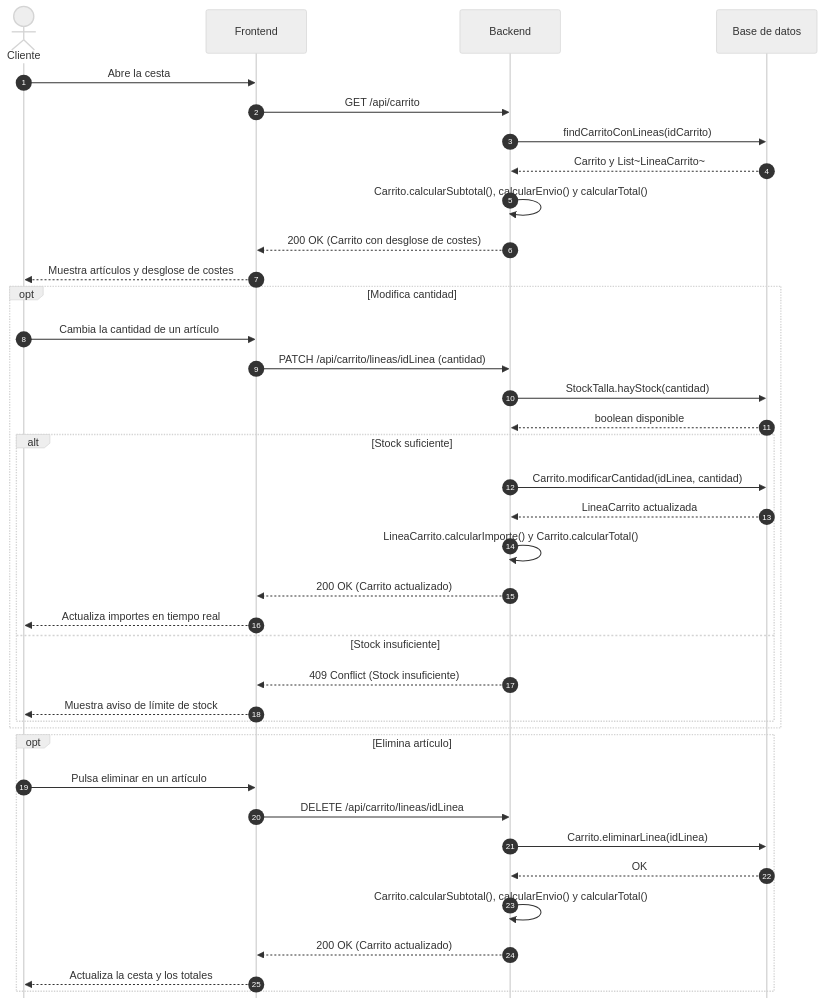
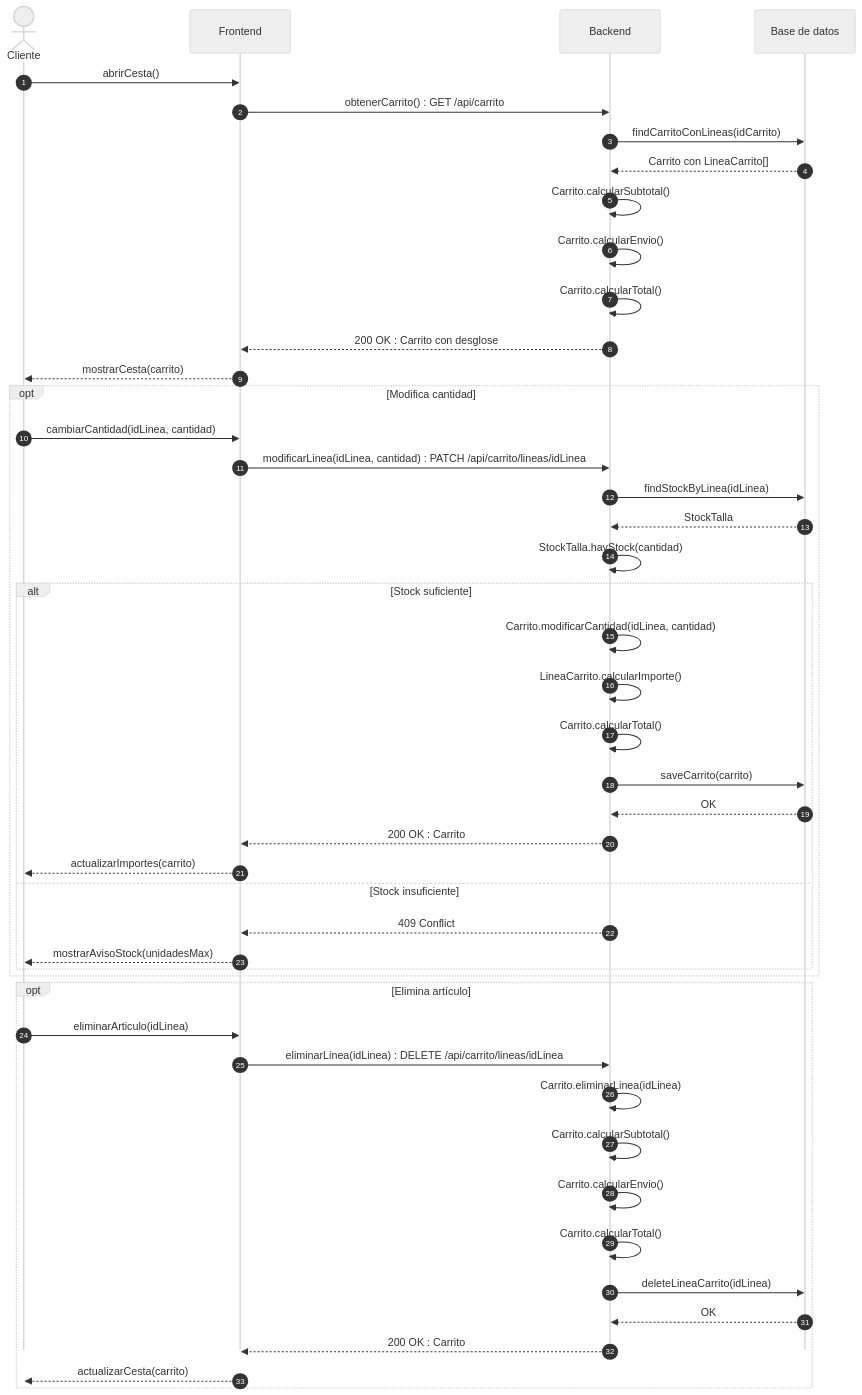
The diagram in Practica3_G11_LaTeX/codigo/sec_us03.mmd (ajgarciarias10/PR3GPS), drawn with Mermaid (neutral theme) before and after one commit. The commit also changed 22 other files, not shown here.

First line of the commit message:
fix(bloque3): diagramas de secuencia con nombres de métodos en lugar de frases

```diff
--- a/Practica3_G11_LaTeX/codigo/sec_us03.mmd
+++ b/Practica3_G11_LaTeX/codigo/sec_us03.mmd
@@ -1,39 +1,47 @@
 %%{init: {'sequence': {'mirrorActors': false}}}%%
 sequenceDiagram
     autonumber
     actor U as Cliente
     participant FE as Frontend
     participant BE as Backend
     participant DB as Base de datos
-    U->>FE: Abre la cesta
-    FE->>BE: GET /api/carrito
+    U->>FE: abrirCesta()
+    FE->>BE: obtenerCarrito() : GET /api/carrito
     BE->>DB: findCarritoConLineas(idCarrito)
-    DB-->>BE: Carrito y List~LineaCarrito~
-    BE->>BE: Carrito.calcularSubtotal(), calcularEnvio() y calcularTotal()
-    BE-->>FE: 200 OK (Carrito con desglose de costes)
-    FE-->>U: Muestra artículos y desglose de costes
+    DB-->>BE: Carrito con LineaCarrito[]
+    BE->>BE: Carrito.calcularSubtotal()
+    BE->>BE: Carrito.calcularEnvio()
+    BE->>BE: Carrito.calcularTotal()
+    BE-->>FE: 200 OK : Carrito con desglose
+    FE-->>U: mostrarCesta(carrito)
     opt Modifica cantidad
-        U->>FE: Cambia la cantidad de un artículo
-        FE->>BE: PATCH /api/carrito/lineas/idLinea (cantidad)
-        BE->>DB: StockTalla.hayStock(cantidad)
-        DB-->>BE: boolean disponible
+        U->>FE: cambiarCantidad(idLinea, cantidad)
+        FE->>BE: modificarLinea(idLinea, cantidad) : PATCH /api/carrito/lineas/idLinea
+        BE->>DB: findStockByLinea(idLinea)
+        DB-->>BE: StockTalla
+        BE->>BE: StockTalla.hayStock(cantidad)
         alt Stock suficiente
-            BE->>DB: Carrito.modificarCantidad(idLinea, cantidad)
-            DB-->>BE: LineaCarrito actualizada
-            BE->>BE: LineaCarrito.calcularImporte() y Carrito.calcularTotal()
-            BE-->>FE: 200 OK (Carrito actualizado)
-            FE-->>U: Actualiza importes en tiempo real
+            BE->>BE: Carrito.modificarCantidad(idLinea, cantidad)
+            BE->>BE: LineaCarrito.calcularImporte()
+            BE->>BE: Carrito.calcularTotal()
+            BE->>DB: saveCarrito(carrito)
+            DB-->>BE: OK
+            BE-->>FE: 200 OK : Carrito
+            FE-->>U: actualizarImportes(carrito)
         else Stock insuficiente
-            BE-->>FE: 409 Conflict (Stock insuficiente)
-            FE-->>U: Muestra aviso de límite de stock
+            BE-->>FE: 409 Conflict
+            FE-->>U: mostrarAvisoStock(unidadesMax)
         end
     end
     opt Elimina artículo
-        U->>FE: Pulsa eliminar en un artículo
-        FE->>BE: DELETE /api/carrito/lineas/idLinea
-        BE->>DB: Carrito.eliminarLinea(idLinea)
+        U->>FE: eliminarArticulo(idLinea)
+        FE->>BE: eliminarLinea(idLinea) : DELETE /api/carrito/lineas/idLinea
+        BE->>BE: Carrito.eliminarLinea(idLinea)
+        BE->>BE: Carrito.calcularSubtotal()
+        BE->>BE: Carrito.calcularEnvio()
+        BE->>BE: Carrito.calcularTotal()
+        BE->>DB: deleteLineaCarrito(idLinea)
         DB-->>BE: OK
-        BE->>BE: Carrito.calcularSubtotal(), calcularEnvio() y calcularTotal()
-        BE-->>FE: 200 OK (Carrito actualizado)
-        FE-->>U: Actualiza la cesta y los totales
+        BE-->>FE: 200 OK : Carrito
+        FE-->>U: actualizarCesta(carrito)
     end
```
